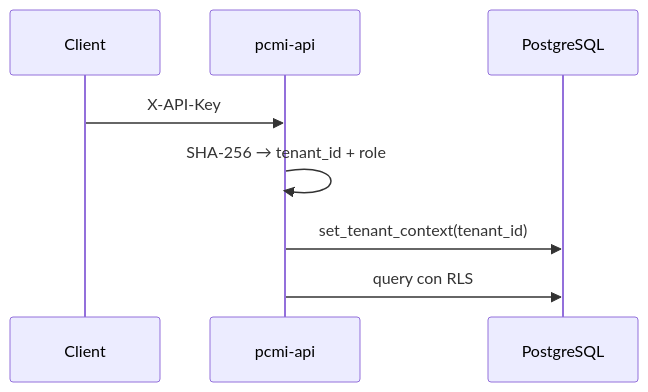
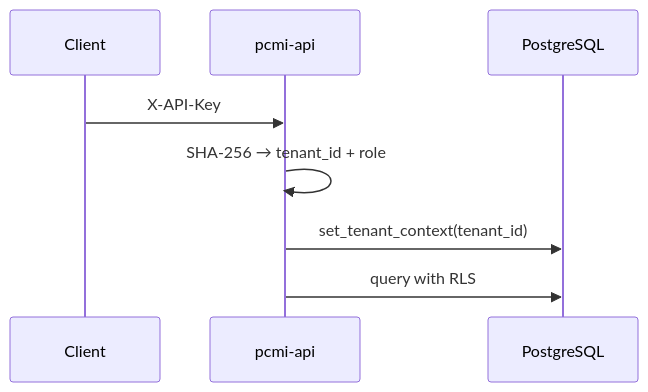
Before and after one commit to marco-spagn/pcmi: the third of 3 diagrams in docs/DATA-MODEL.md, drawn with Mermaid. The commit also changed other lines of this file and 47 other files, not shown here.

````diff
--- a/docs/DATA-MODEL.md
+++ b/docs/DATA-MODEL.md
@@ -74,10 +74,10 @@
 ```mermaid
 sequenceDiagram
   participant C as Client
   participant API as pcmi-api
   participant PG as PostgreSQL
   C->>API: X-API-Key
   API->>API: SHA-256 → tenant_id + role
   API->>PG: set_tenant_context(tenant_id)
-  API->>PG: query con RLS
+  API->>PG: query with RLS
 ```
````
